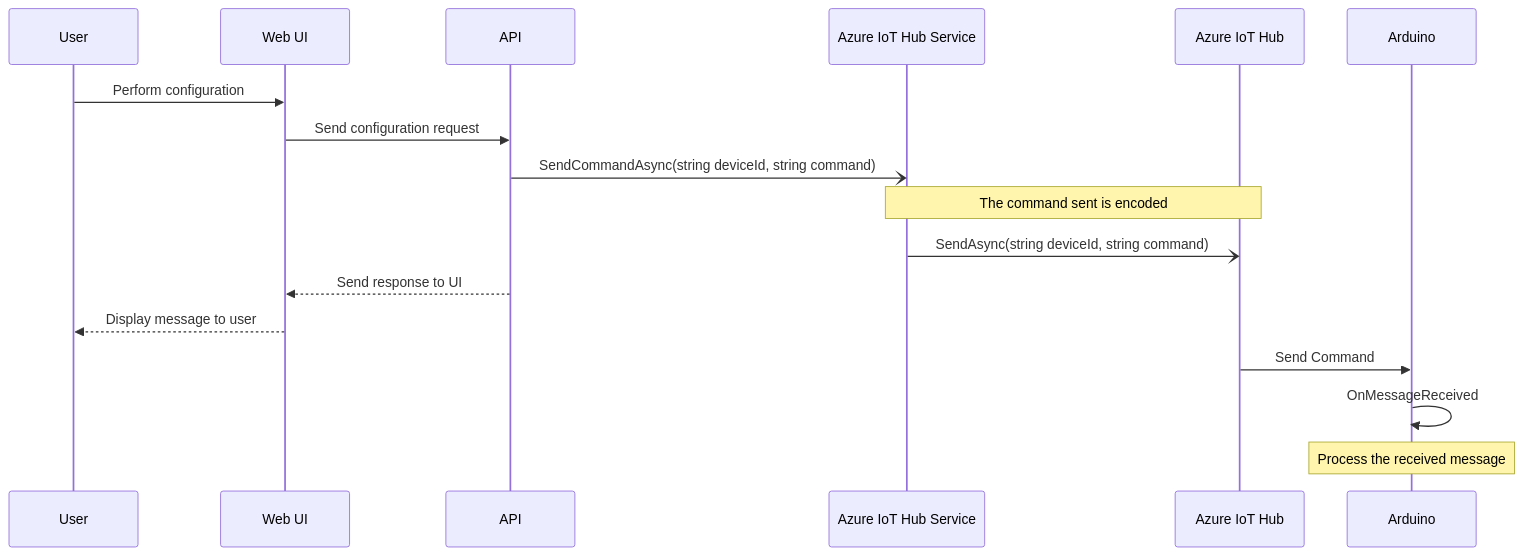
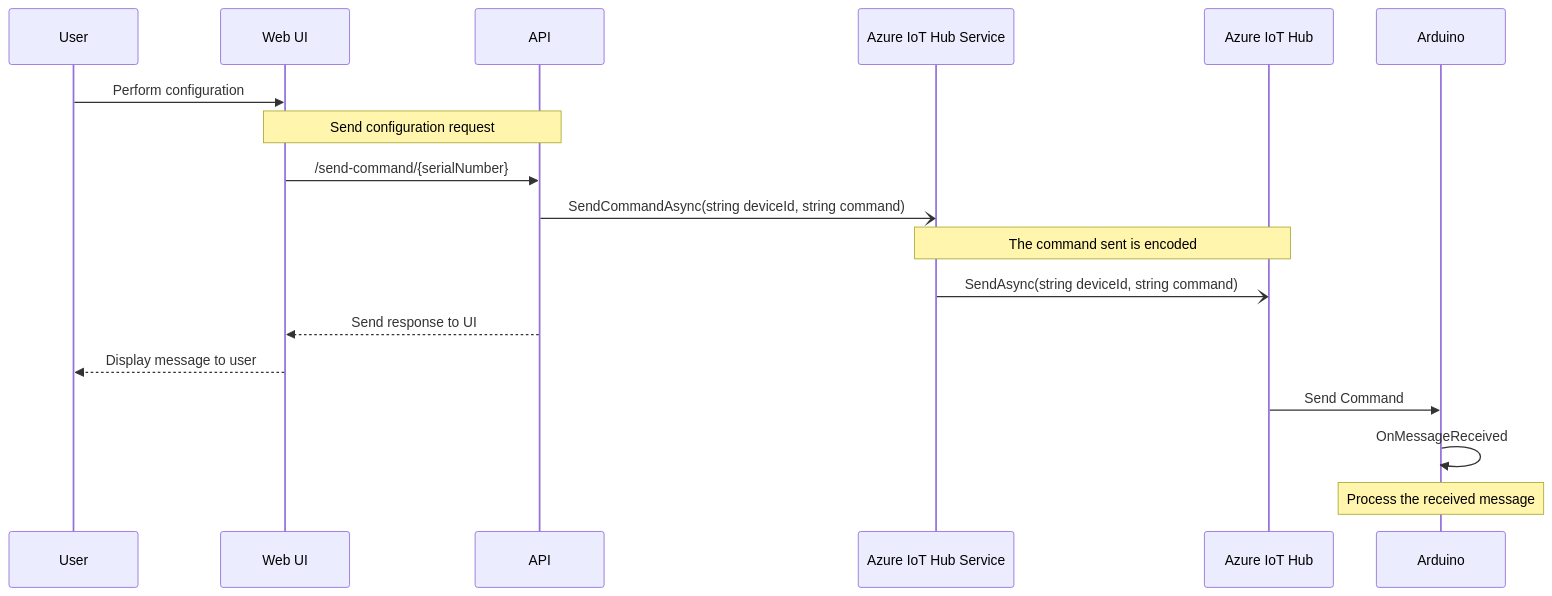
Before and after one commit to paavkar/IoTDeviceManager: the sixth of 6 diagrams in README.md, drawn with Mermaid. The commit also changed other lines of this file, not shown here.

Commit message:
add diagram of device creation

````diff
--- a/README.md
+++ b/README.md
@@ -270,20 +328,21 @@
 ```mermaid
 sequenceDiagram
 participant User
 participant WebUI as Web UI
 participant API
-participant AzureIoTHubService as Azure IoT Hub Service
+participant AzureIoTService as Azure IoT Hub Service
 participant AzureIoTHub as Azure IoT Hub
 participant Arduino
 
 User->>WebUI: Perform configuration
-WebUI->>API: Send configuration request
-API-)AzureIoTHubService: SendCommandAsync(string deviceId, string command)
-Note over AzureIoTHubService,AzureIoTHub: The command sent is encoded
-AzureIoTHubService-)AzureIoTHub: SendAsync(string deviceId, string command)
+Note over WebUI,API: Send configuration request
+WebUI->>API: /send-command/{serialNumber}
+API-)AzureIoTService: SendCommandAsync(string deviceId, string command)
+Note over AzureIoTService,AzureIoTHub: The command sent is encoded
+AzureIoTService-)AzureIoTHub: SendAsync(string deviceId, string command)
 API-->>WebUI: Send response to UI
 WebUI-->>User: Display message to user 
 AzureIoTHub->>Arduino: Send Command
 Arduino->>Arduino: OnMessageReceived
 Note over Arduino: Process the received message
 ```
````
